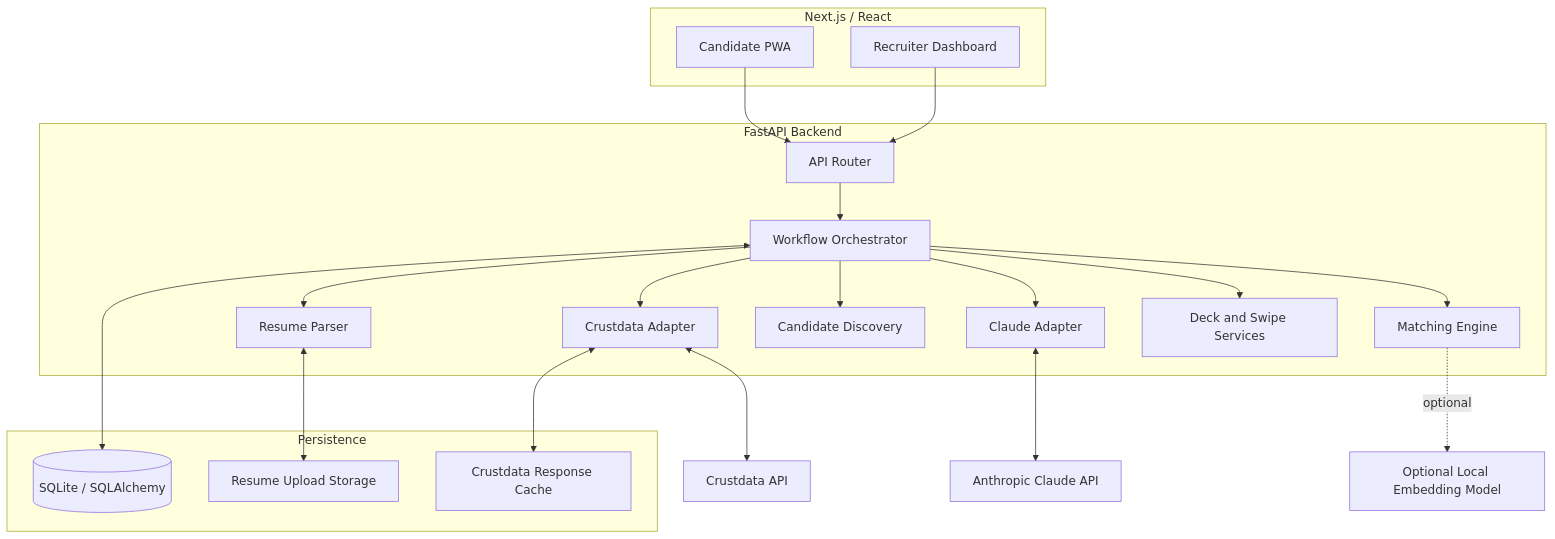
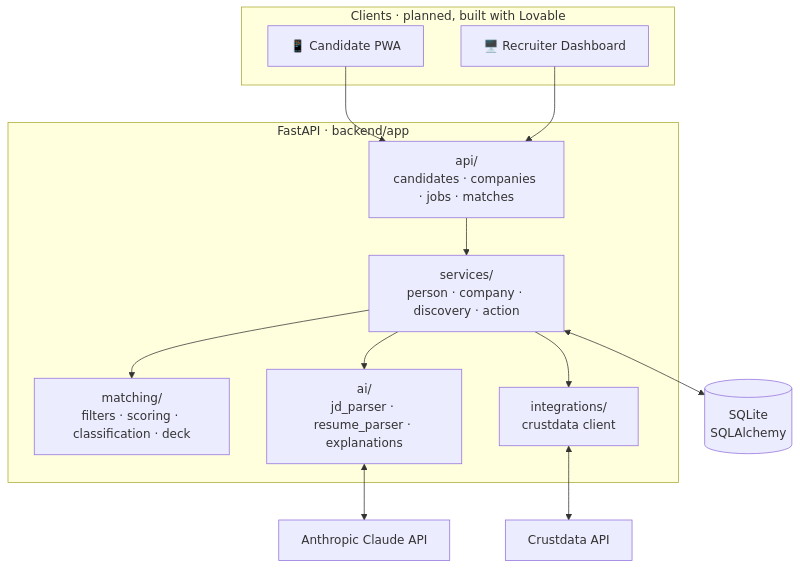
Before and after one commit to ninjayush/swipehire: the second of 3 diagrams in README.md, drawn with Mermaid. The commit also changed other lines of this file and 2 other files, not shown here.

````diff
--- a/README.md
+++ b/README.md
@@ -51,44 +130,29 @@
 ```mermaid
 flowchart TB
-  subgraph UI[Next.js / React]
-    A[Candidate PWA]
-    B[Recruiter Dashboard]
+  subgraph Clients[Clients · planned, built with Lovable]
+    A[📱 Candidate PWA]
+    B[🖥️ Recruiter Dashboard]
   end
 
-  subgraph BE[FastAPI Backend]
-    C[API Router]
-    D[Workflow Orchestrator]
-    E[Crustdata Adapter]
-    F[Claude Adapter]
-    G[Resume Parser]
-    H[Candidate Discovery]
-    I[Matching Engine]
-    J[Deck and Swipe Services]
+  subgraph API[FastAPI · backend/app]
+    R[api/<br/>candidates · companies · jobs · matches]
+    S[services/<br/>person · company · discovery · action]
+    M[matching/<br/>filters · scoring · classification · deck]
+    AI[ai/<br/>jd_parser · resume_parser · explanations]
+    I[integrations/<br/>crustdata client]
   end
 
-  subgraph DB[Persistence]
-    K[(SQLite / SQLAlchemy)]
-    L[Resume Upload Storage]
-    M[Crustdata Response Cache]
-  end
+  DB[(SQLite<br/>SQLAlchemy)]
+  CD[Crustdata API]
+  CL[Anthropic Claude API]
 
-  N[Crustdata API]
-  O[Anthropic Claude API]
-  P[Optional Local Embedding Model]
-
-  A --> C
-  B --> C
-  C --> D
-  D --> E
-  D --> F
-  D --> G
-  D --> H
-  D --> I
-  D --> J
-  E <--> N
-  F <--> O
-  I -. optional .-> P
-  D <--> K
-  G <--> L
-  E <--> M
+  A --> R
+  B --> R
+  R --> S
+  S --> M
+  S --> AI
+  S --> I
+  S <--> DB
+  I <--> CD
+  AI <--> CL
 ```
````
